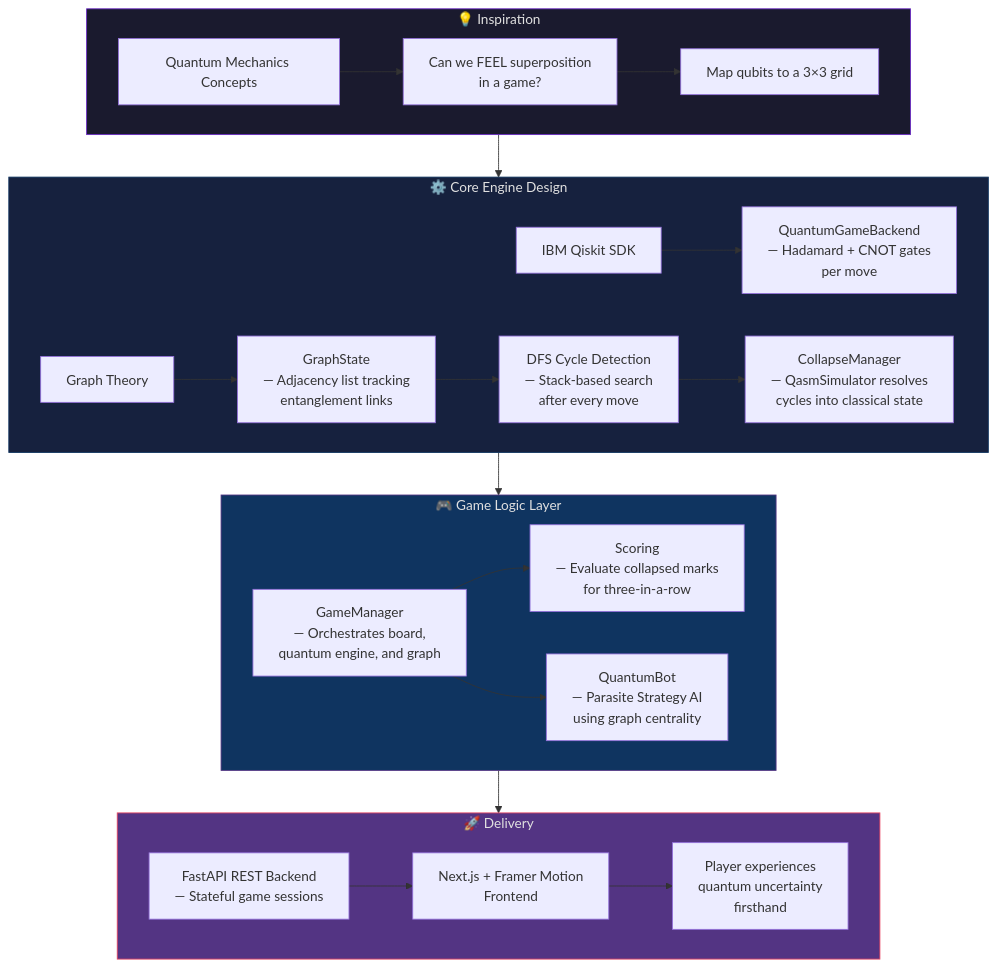
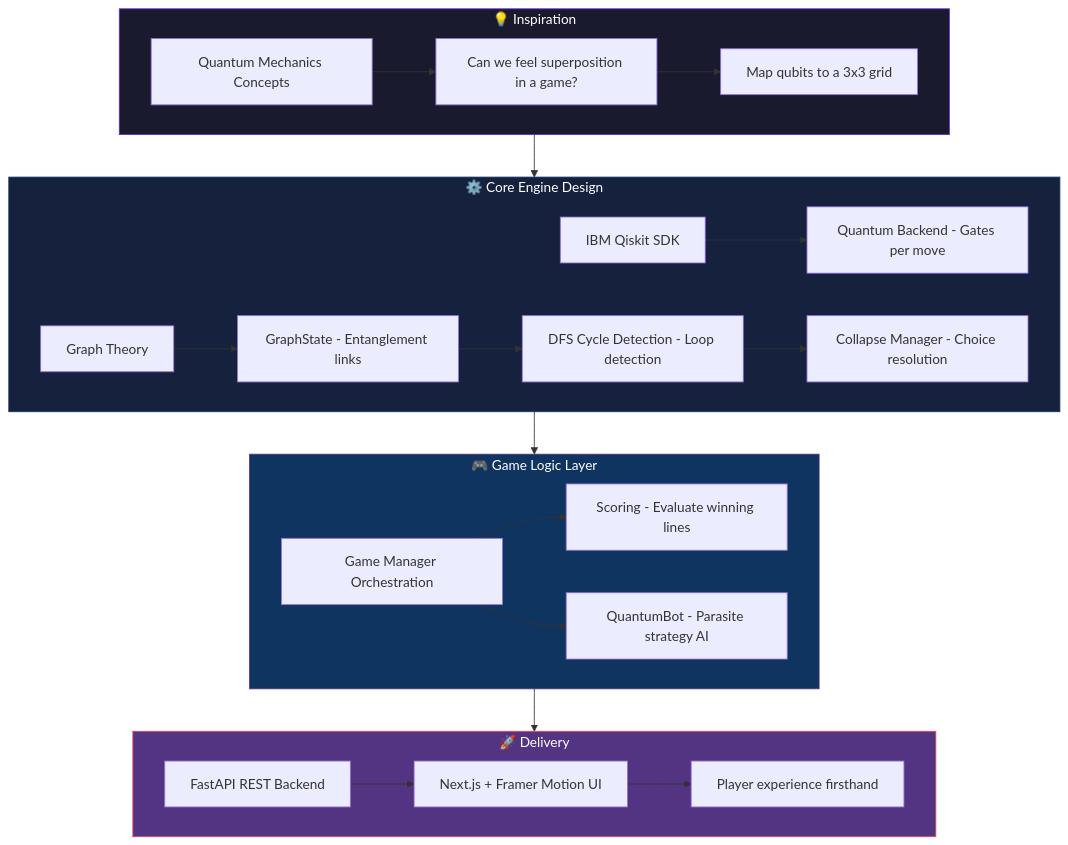
The second of 2 diagrams in README.md (Temitope15/Quantum-tic-tac-toe), drawn with Mermaid before and after one commit. The commit also changed other lines of this file and 4 other files, not shown here.

````diff
--- a/README.md
+++ b/README.md
@@ -186,33 +186,33 @@
 ```mermaid
 flowchart TB
     subgraph INSPIRATION["💡 Inspiration"]
-        A["Quantum Mechanics Concepts"] --> B["Can we FEEL superposition\nin a game?"]
-        B --> C["Map qubits to a 3×3 grid"]
+        A["Quantum Mechanics Concepts"] --> B["Can we feel superposition in a game?"]
+        B --> C["Map qubits to a 3x3 grid"]
     end
 
     subgraph CORE_ENGINE["⚙️ Core Engine Design"]
-        D["IBM Qiskit SDK"] --> E["QuantumGameBackend\n— Hadamard + CNOT gates\nper move"]
-        F["Graph Theory"] --> G["GraphState\n— Adjacency list tracking\nentanglement links"]
-        G --> H["DFS Cycle Detection\n— Stack-based search\nafter every move"]
-        H --> I["CollapseManager\n— QasmSimulator resolves\ncycles into classical state"]
+        D["IBM Qiskit SDK"] --> E["Quantum Backend - Gates per move"]
+        F["Graph Theory"] --> G["GraphState - Entanglement links"]
+        G --> H["DFS Cycle Detection - Loop detection"]
+        H --> I["Collapse Manager - Choice resolution"]
     end
 
     subgraph GAME_LOGIC["🎮 Game Logic Layer"]
-        J["GameManager\n— Orchestrates board,\nquantum engine, and graph"] --> K["Scoring\n— Evaluate collapsed marks\nfor three-in-a-row"]
-        J --> L["QuantumBot\n— Parasite Strategy AI\nusing graph centrality"]
+        J["Game Manager Orchestration"] --> K["Scoring - Evaluate winning lines"]
+        J --> L["QuantumBot - Parasite strategy AI"]
     end
 
     subgraph DELIVERY["🚀 Delivery"]
-        M["FastAPI REST Backend\n— Stateful game sessions"] --> N["Next.js + Framer Motion\nFrontend"]
-        N --> O["Player experiences\nquantum uncertainty\nfirsthand"]
+        M["FastAPI REST Backend"] --> N["Next.js + Framer Motion UI"]
+        N --> O["Player experience firsthand"]
     end
 
     INSPIRATION --> CORE_ENGINE
     CORE_ENGINE --> GAME_LOGIC
     GAME_LOGIC --> DELIVERY
 
-    style INSPIRATION fill:#1a1a2e,stroke:#6929C4,color:#e0e0e0
-    style CORE_ENGINE fill:#16213e,stroke:#0f3460,color:#e0e0e0
-    style GAME_LOGIC fill:#0f3460,stroke:#533483,color:#e0e0e0
-    style DELIVERY fill:#533483,stroke:#e94560,color:#e0e0e0
+    style INSPIRATION fill:#1a1a2e,stroke:#6929C4,color:#fff
+    style CORE_ENGINE fill:#16213e,stroke:#0f3460,color:#fff
+    style GAME_LOGIC fill:#0f3460,stroke:#533483,color:#fff
+    style DELIVERY fill:#533483,stroke:#e94560,color:#fff
 ```
````
